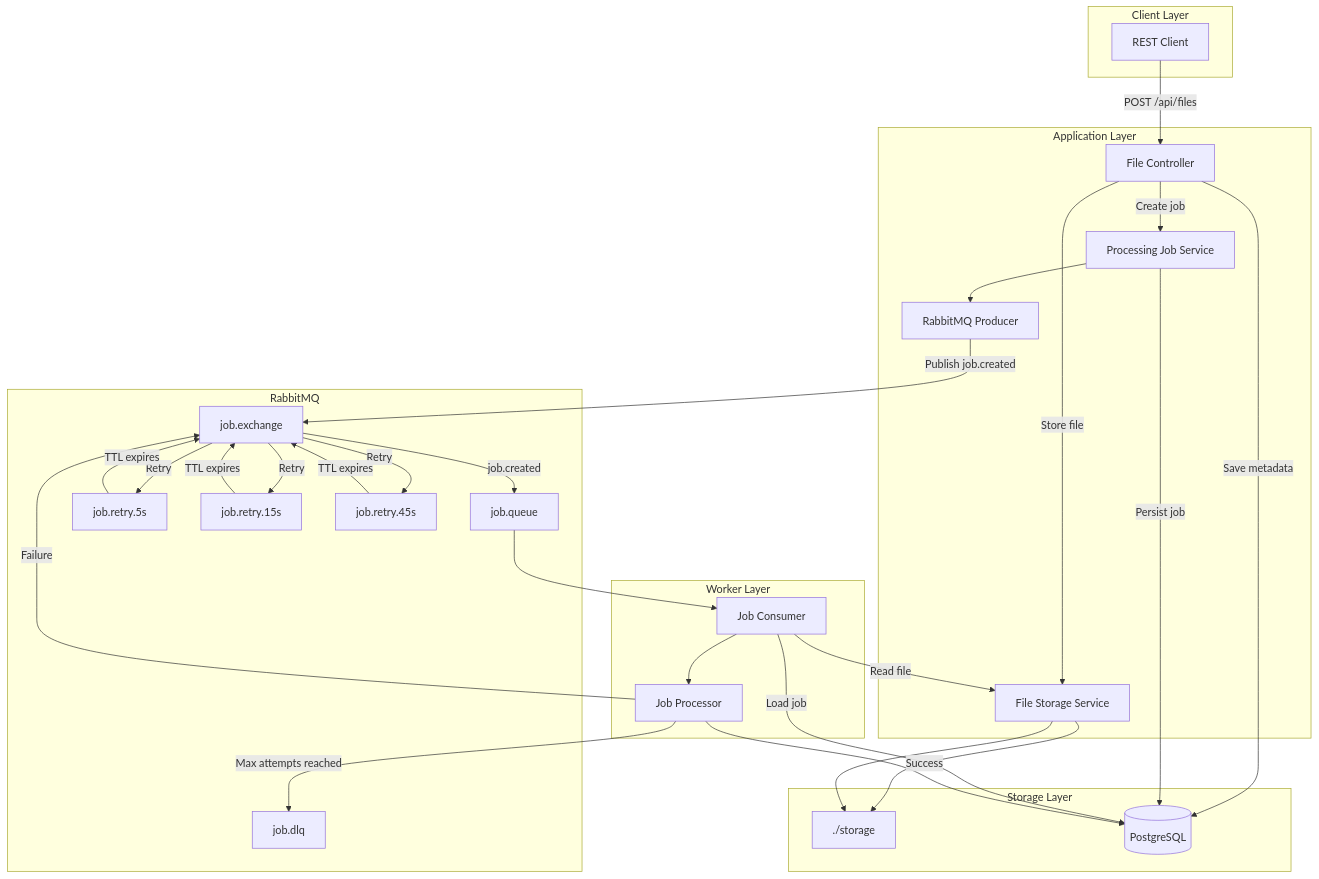
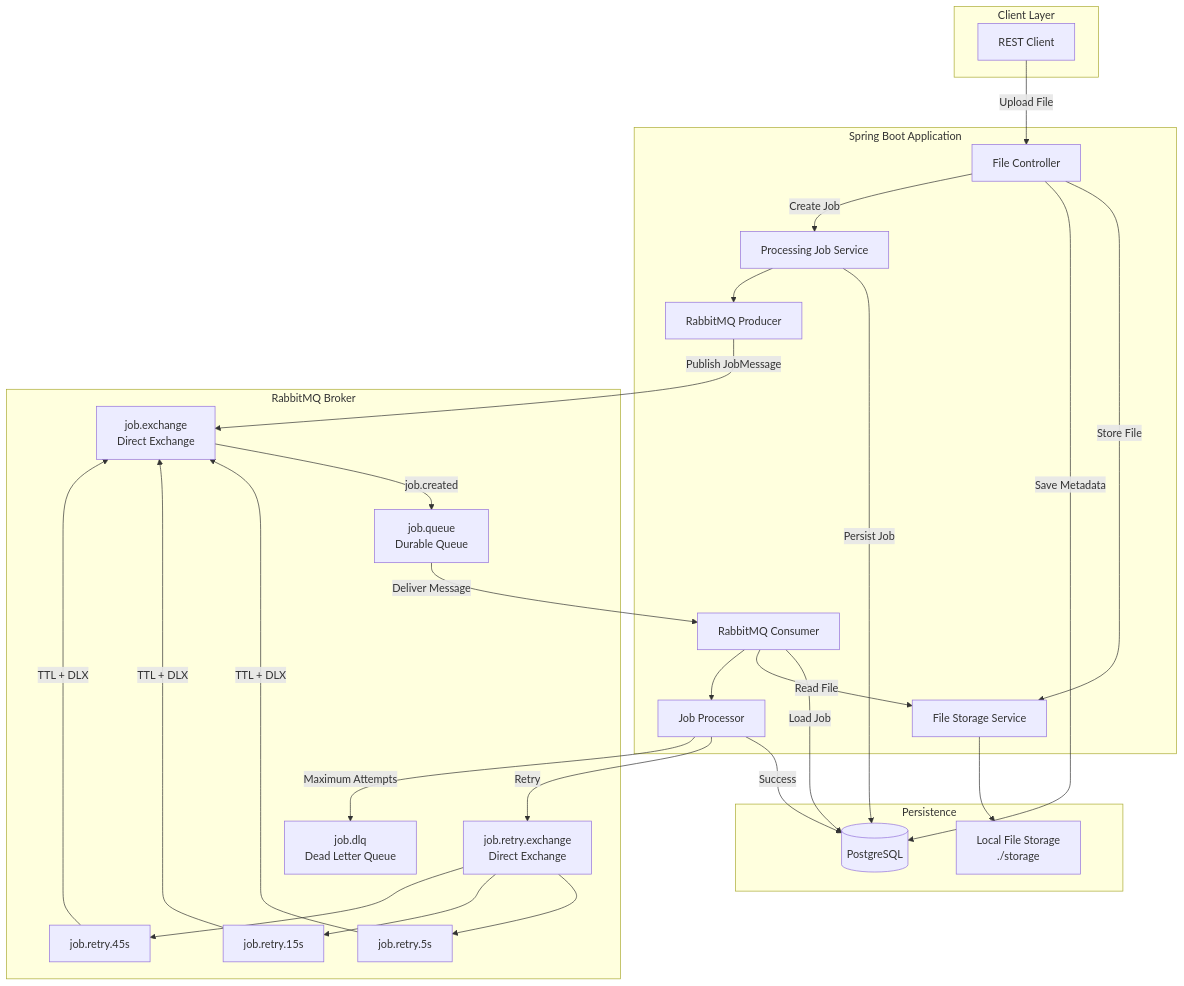
Before and after one commit to Atharvkote/spring-boot-async-processing-rabbitmq: the first of 23 diagrams in README.md, drawn with Mermaid. The commit also changed other lines of this file, not shown here.

````diff
--- a/README.md
+++ b/README.md
@@ -44,67 +44,64 @@
 ```mermaid
 graph TB
 
     subgraph Client["Client Layer"]
-        CLIENT[REST Client]
+        CLIENT["REST Client"]
     end
 
-    subgraph API["Application Layer"]
-        CONTROLLER[File Controller]
-        STORAGE[File Storage Service]
-        JOB[Processing Job Service]
-        PRODUCER[RabbitMQ Producer]
+    subgraph Application["Spring Boot Application"]
+        CONTROLLER["File Controller"]
+        STORAGE["File Storage Service"]
+        JOB["Processing Job Service"]
+        PRODUCER["RabbitMQ Producer"]
+        CONSUMER["RabbitMQ Consumer"]
+        PROCESSOR["Job Processor"]
     end
 
-    subgraph Storage["Storage Layer"]
-        FILES["./storage"]
-        DB[(PostgreSQL)]
+    subgraph Storage["Persistence"]
+        FILESYSTEM["Local File Storage<br/>./storage"]
+        DATABASE[("PostgreSQL")]
     end
 
-    subgraph Broker["RabbitMQ"]
-        EXCHANGE[job.exchange]
-        QUEUE[job.queue]
-        RETRY5[job.retry.5s]
-        RETRY15[job.retry.15s]
-        RETRY45[job.retry.45s]
-        DLQ[job.dlq]
+    subgraph RabbitMQ["RabbitMQ Broker"]
+        EXCHANGE["job.exchange<br/>Direct Exchange"]
+        QUEUE["job.queue<br/>Durable Queue"]
+        RETRY_EXCHANGE["job.retry.exchange<br/>Direct Exchange"]
+        RETRY5["job.retry.5s"]
+        RETRY15["job.retry.15s"]
+        RETRY45["job.retry.45s"]
+        DLQ["job.dlq<br/>Dead Letter Queue"]
     end
 
-    subgraph Worker["Worker Layer"]
-        CONSUMER[Job Consumer]
-        PROCESSOR[Job Processor]
-    end
+    CLIENT -->|"Upload File"| CONTROLLER
 
-    CLIENT -->|POST /api/files| CONTROLLER
+    CONTROLLER -->|"Store File"| STORAGE
+    STORAGE --> FILESYSTEM
 
-    CONTROLLER -->|Store file| STORAGE
-    STORAGE --> FILES
+    CONTROLLER -->|"Save Metadata"| DATABASE
+    CONTROLLER -->|"Create Job"| JOB
 
-    CONTROLLER -->|Save metadata| DB
-    CONTROLLER -->|Create job| JOB
-
-    JOB -->|Persist job| DB
+    JOB -->|"Persist Job"| DATABASE
     JOB --> PRODUCER
 
-    PRODUCER -->|Publish job.created| EXCHANGE
-    EXCHANGE -->|job.created| QUEUE
+    PRODUCER -->|"Publish JobMessage"| EXCHANGE
+    EXCHANGE -->|"job.created"| QUEUE
 
-    QUEUE --> CONSUMER
-    CONSUMER -->|Load job| DB
-    CONSUMER -->|Read file| STORAGE
-    STORAGE --> FILES
+    QUEUE -->|"Deliver Message"| CONSUMER
 
+    CONSUMER -->|"Load Job"| DATABASE
+    CONSUMER -->|"Read File"| STORAGE
     CONSUMER --> PROCESSOR
 
-    PROCESSOR -->|Success| DB
-    PROCESSOR -->|Failure| EXCHANGE
+    PROCESSOR -->|"Success"| DATABASE
+    PROCESSOR -->|"Retry"| RETRY_EXCHANGE
 
-    EXCHANGE -->|Retry| RETRY5
-    EXCHANGE -->|Retry| RETRY15
-    EXCHANGE -->|Retry| RETRY45
+    RETRY_EXCHANGE --> RETRY5
+    RETRY_EXCHANGE --> RETRY15
+    RETRY_EXCHANGE --> RETRY45
 
-    RETRY5 -->|TTL expires| EXCHANGE
-    RETRY15 -->|TTL expires| EXCHANGE
-    RETRY45 -->|TTL expires| EXCHANGE
+    RETRY5 -->|"TTL + DLX"| EXCHANGE
+    RETRY15 -->|"TTL + DLX"| EXCHANGE
+    RETRY45 -->|"TTL + DLX"| EXCHANGE
 
-    PROCESSOR -->|Max attempts reached| DLQ
+    PROCESSOR -->|"Maximum Attempts"| DLQ
 ```
````
